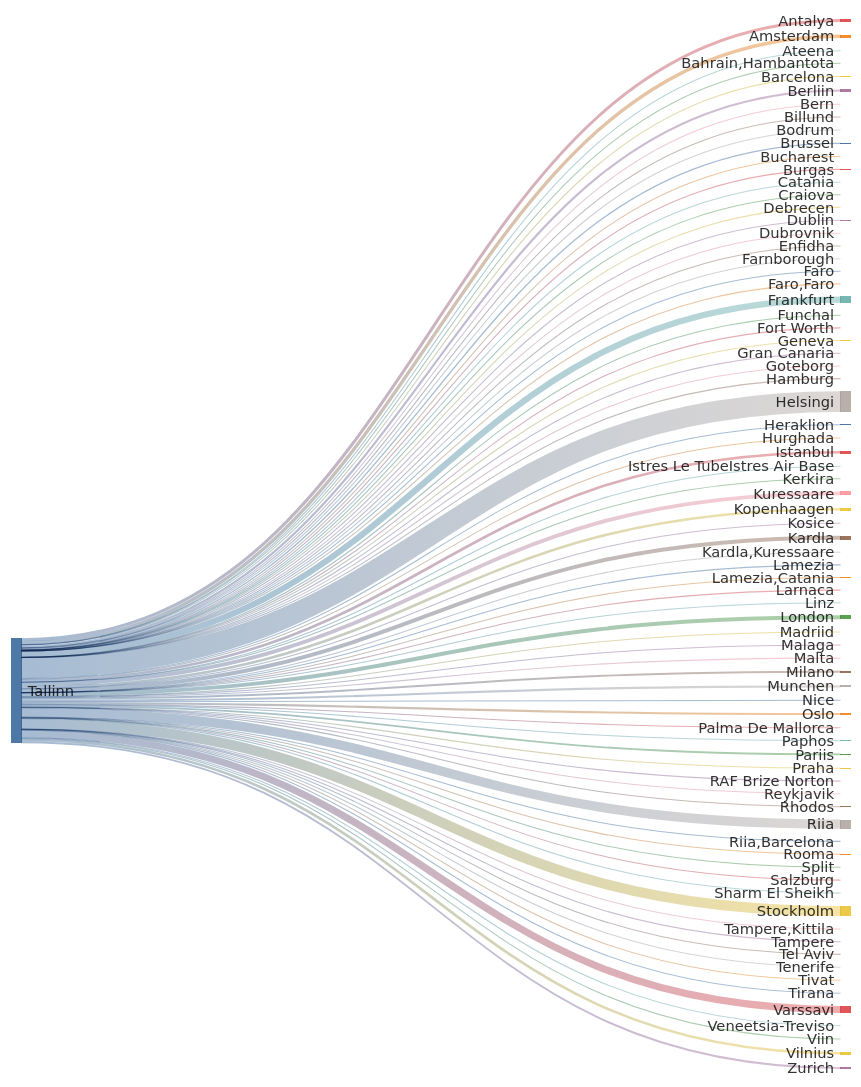
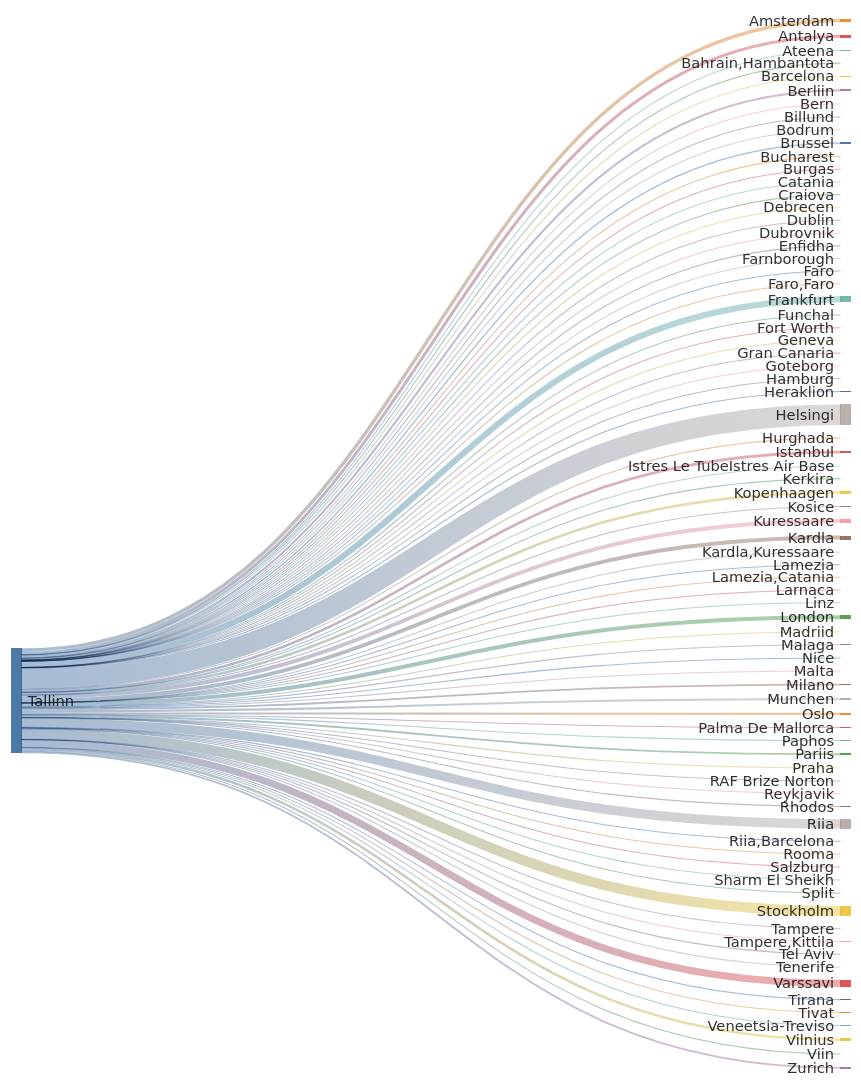
Before and after one commit to rainermesi/tll-airport-departures: the second of 2 diagrams in README.md, drawn with Mermaid. The commit also changed other lines of this file and 1 other file, not shown here.

````diff
--- a/README.md
+++ b/README.md
@@ -41,16 +41,16 @@
 ---
 sankey-beta
 %% source,target,value
-Tallinn,Amsterdam,499
-Tallinn,Antalya,446
+Tallinn,Amsterdam,501
+Tallinn,Antalya,447
 Tallinn,Ateena,16
 Tallinn,"Bahrain,Hambantota",1
-Tallinn,Barcelona,139
+Tallinn,Barcelona,141
 Tallinn,Berliin,316
 Tallinn,Bern,1
-Tallinn,Billund,79
+Tallinn,Billund,80
 Tallinn,Bodrum,11
-Tallinn,Brussel,193
+Tallinn,Brussel,194
 Tallinn,Bucharest,1
 Tallinn,Burgas,62
 Tallinn,Catania,2
@@ -63,30 +63,30 @@
 Tallinn,Faro,4
 Tallinn,"Faro,Faro",1
 Tallinn,Fort Worth,1
-Tallinn,Frankfurt,903
+Tallinn,Frankfurt,906
 Tallinn,Funchal,5
 Tallinn,Geneva,13
 Tallinn,Gran Canaria,38
 Tallinn,Goteborg,2
 Tallinn,Hamburg,2
-Tallinn,Helsingi,3038
-Tallinn,Heraklion,104
+Tallinn,Helsingi,3049
+Tallinn,Heraklion,105
 Tallinn,Hurghada,75
-Tallinn,Istanbul,395
+Tallinn,Istanbul,396
 Tallinn,Istres Le TubeIstres Air Base,2
 Tallinn,Kerkira,4
-Tallinn,Kopenhaagen,387
+Tallinn,Kopenhaagen,389
 Tallinn,Kosice,1
-Tallinn,Kuressaare,574
-Tallinn,Kardla,576
+Tallinn,Kuressaare,576
+Tallinn,Kardla,578
 Tallinn,"Kardla,Kuressaare",1
 Tallinn,Lamezia,1
 Tallinn,"Lamezia,Catania",3
 Tallinn,Larnaca,4
 Tallinn,Linz,2
-Tallinn,London,590
+Tallinn,London,592
 Tallinn,Madriid,4
-Tallinn,Malaga,122
+Tallinn,Malaga,123
 Tallinn,Malta,30
 Tallinn,Milano,274
 Tallinn,Munchen,312
@@ -99,24 +99,24 @@
 Tallinn,RAF Brize Norton,1
 Tallinn,Reykjavik,20
 Tallinn,Rhodos,62
-Tallinn,Riia,1364
+Tallinn,Riia,1369
 Tallinn,"Riia,Barcelona",1
 Tallinn,Rooma,80
 Tallinn,Salzburg,14
 Tallinn,Sharm El Sheikh,104
 Tallinn,Split,55
-Tallinn,Stockholm,1500
+Tallinn,Stockholm,1506
 Tallinn,Tampere,17
 Tallinn,"Tampere,Kittila",21
 Tallinn,Tel Aviv,2
 Tallinn,Tenerife,58
 Tallinn,Tirana,36
 Tallinn,Tivat,70
-Tallinn,Varssavi,1047
+Tallinn,Varssavi,1050
 Tallinn,Veneetsia-Treviso,67
 Tallinn,Viin,106
-Tallinn,Vilnius,379
-Tallinn,Zurich,271
+Tallinn,Vilnius,380
+Tallinn,Zurich,272
 
 
 ```
````
